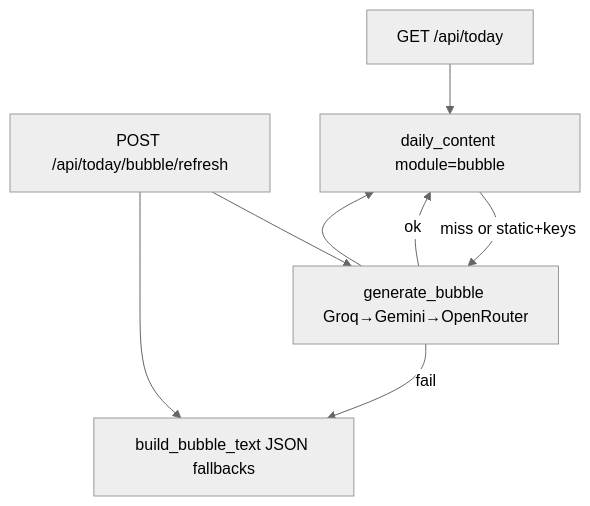
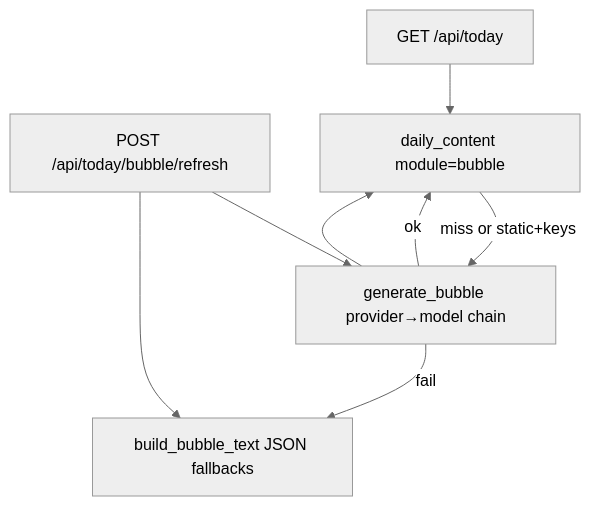
One commit to egera24/Animated-Love-App changed the diagram in agent_handoff.md. Above: the diagram before and after it, drawn with Mermaid (neutral theme). The commit also changed other lines of this file and 15 other files, not shown here.

````diff
--- a/agent_handoff.md
+++ b/agent_handoff.md
@@ -38,15 +38,15 @@
 ```mermaid
 flowchart TD
   load["GET /api/today"]
   tap["POST /api/today/bubble/refresh"]
   cache["daily_content module=bubble"]
-  llm["generate_bubble Groq→Gemini→OpenRouter"]
+  llm["generate_bubble provider→model chain"]
   static["build_bubble_text JSON fallbacks"]
   load --> cache
   cache -->|miss or static+keys| llm
   llm -->|ok| cache
   llm -->|fail| static
   tap --> llm
   tap --> static
   llm --> cache
 ```
````
